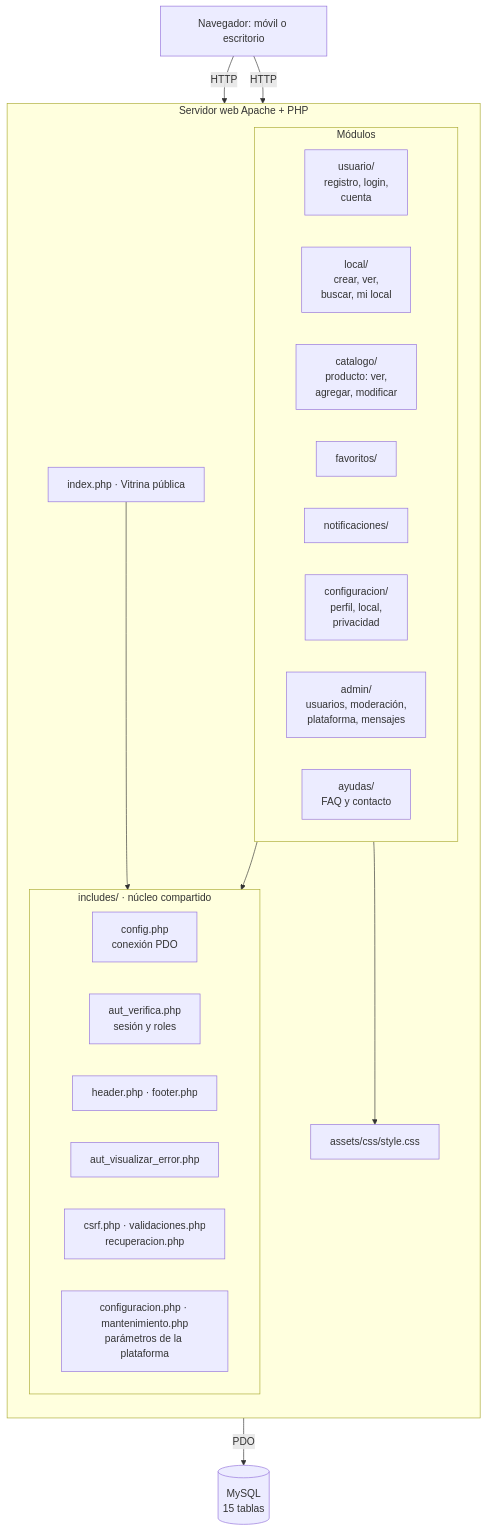
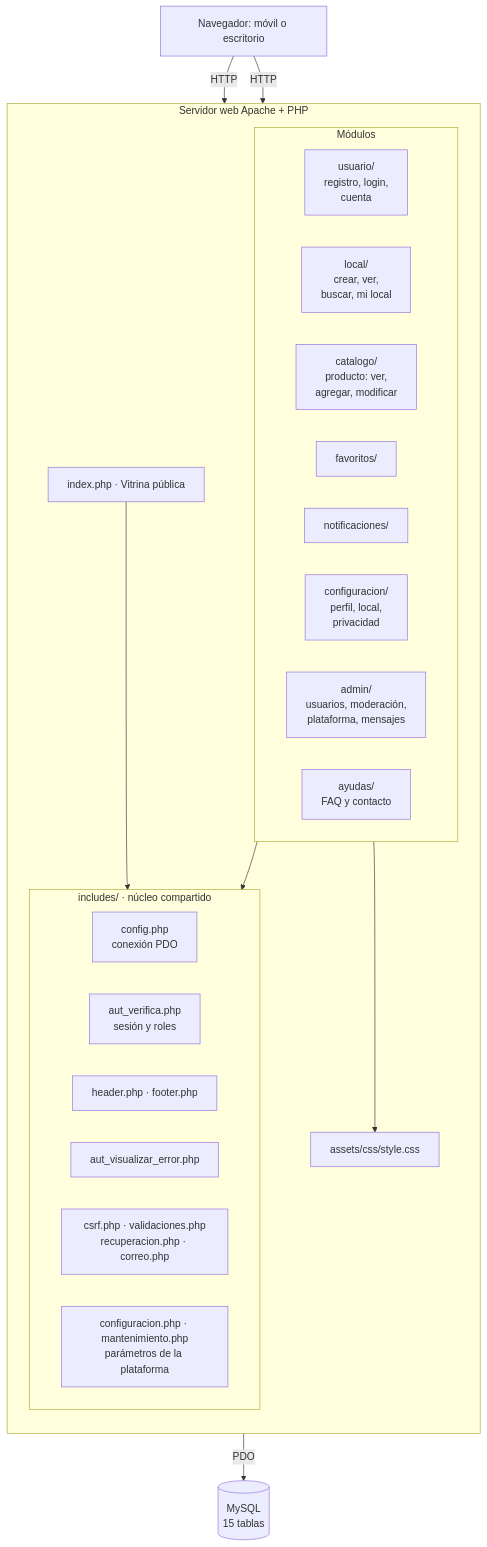
Before and after one commit to mihzuk/Galezarzal: the diagram in docs/diagramas/arquitectura.md, drawn with Mermaid. The commit also changed 7 other files, not shown here.

````diff
--- a/docs/diagramas/arquitectura.md
+++ b/docs/diagramas/arquitectura.md
@@ -5,39 +5,39 @@
 ```mermaid
 flowchart TB
     B[Navegador: móvil o escritorio]
 
     subgraph WEB[Servidor web Apache + PHP]
         direction TB
         IDX[index.php · Vitrina pública]
         subgraph MOD[Módulos]
             direction LR
             USR[usuario/<br/>registro, login,<br/>cuenta]
             LOC[local/<br/>crear, ver,<br/>buscar, mi local]
             CAT[catalogo/<br/>producto: ver,<br/>agregar, modificar]
             FAV[favoritos/]
             NOT[notificaciones/]
             CFG[configuracion/<br/>perfil, local,<br/>privacidad]
             ADM[admin/<br/>usuarios, moderación,<br/>plataforma, mensajes]
             AYU[ayudas/<br/>FAQ y contacto]
         end
         subgraph INC[includes/ · núcleo compartido]
             direction LR
             CONF[config.php<br/>conexión PDO]
             AUT[aut_verifica.php<br/>sesión y roles]
             HF[header.php · footer.php]
             ERR[aut_visualizar_error.php]
-            SEG[csrf.php · validaciones.php<br/>recuperacion.php]
+            SEG[csrf.php · validaciones.php<br/>recuperacion.php · correo.php]
             PLAT[configuracion.php · mantenimiento.php<br/>parámetros de la plataforma]
         end
         ASSETS[assets/css/style.css]
     end
 
     DB[(MySQL<br/>15 tablas)]
 
     B -->|HTTP| IDX
     B -->|HTTP| MOD
     MOD --> INC
     IDX --> INC
     INC -->|PDO| DB
     MOD --> ASSETS
 ```
````
